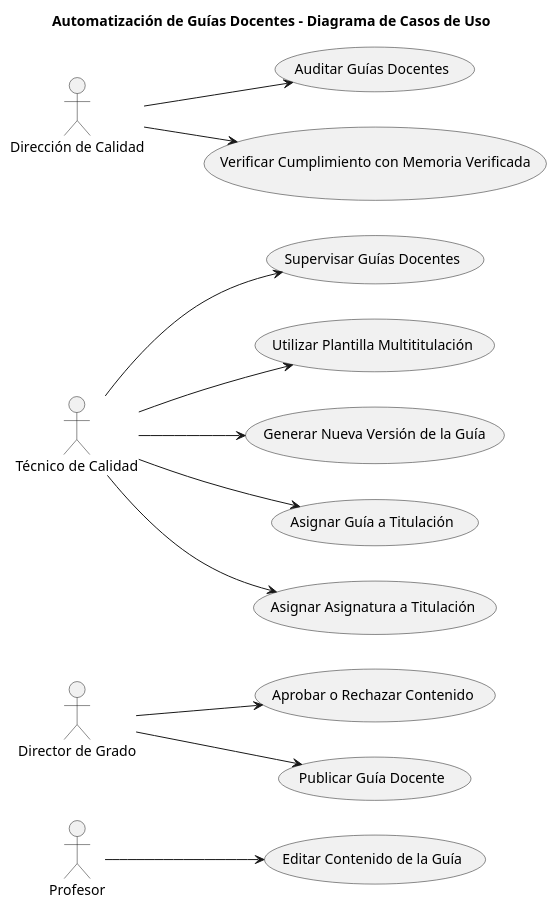
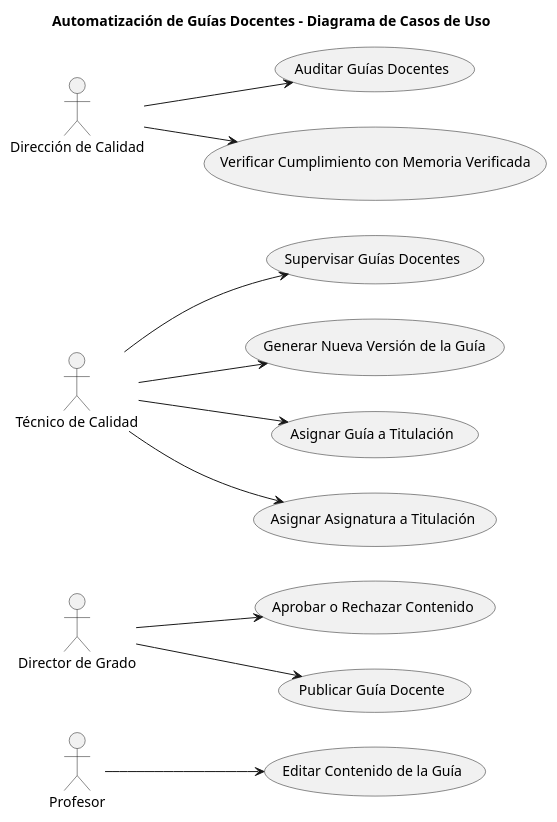
The diagram in CasosDeUso/diagramaCasosDeUso/diagramaCasosDeUso.puml (mmasias/24-25-IdSw1-SDR), drawn with PlantUML before and after one commit.

Commit message:
Eliminar caso de uso plantilla de multitulacion

```diff
--- a/CasosDeUso/diagramaCasosDeUso/diagramaCasosDeUso.puml
+++ b/CasosDeUso/diagramaCasosDeUso/diagramaCasosDeUso.puml
@@ -1,33 +1,31 @@
 @startuml
 
 title Automatización de Guías Docentes - Diagrama de Casos de Uso
 
 left to right direction
 
 actor Profesor
 actor "Director de Grado" as DirectorGrado
 actor "Técnico de Calidad" as TecnicoCalidad
 actor "Dirección de Calidad" as DireccionCalidad
 
 usecase "Editar Contenido de la Guía" as EditarGuia
 usecase "Aprobar o Rechazar Contenido" as AprobarContenido
 usecase "Supervisar Guías Docentes" as SupervisarGuias
 usecase "Auditar Guías Docentes" as AuditarGuias
-usecase "Utilizar Plantilla Multititulación" as UtilizarPlantilla
 usecase "Generar Nueva Versión de la Guía" as GenerarVersion
 usecase "Asignar Guía a Titulación" as AsignarGuiaTitulacion
 usecase "Asignar Asignatura a Titulación" as AsignarAsignaturaTitulacion
 usecase "Publicar Guía Docente" as PublicarGuia
 usecase "Verificar Cumplimiento con Memoria Verificada" as VerificarMemoria
 
 Profesor --> EditarGuia
 DirectorGrado --> AprobarContenido
 DirectorGrado --> PublicarGuia
 TecnicoCalidad --> SupervisarGuias
-TecnicoCalidad --> UtilizarPlantilla
 TecnicoCalidad --> GenerarVersion
 TecnicoCalidad --> AsignarGuiaTitulacion
 TecnicoCalidad --> AsignarAsignaturaTitulacion
 DireccionCalidad --> AuditarGuias
 DireccionCalidad --> VerificarMemoria
 @enduml
```
